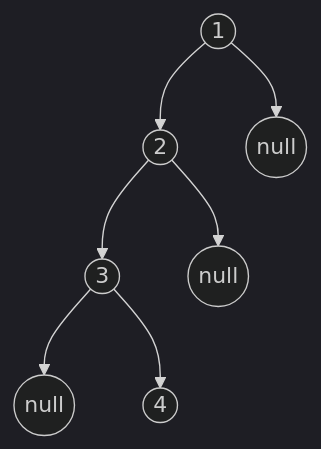
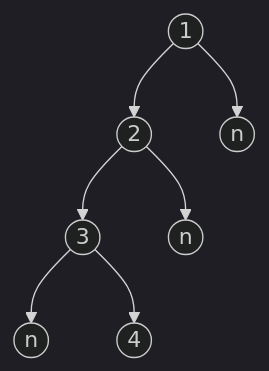
One commit to Daniel-Wei/Algo_DS_Notes changed the first of 2 diagrams in 数据结构/Tree/AVL/BST/Readme.md. Above: the diagram before and after it, drawn with Mermaid (dark theme).

````diff
--- a/数据结构/Tree/AVL/BST/Readme.md
+++ b/数据结构/Tree/AVL/BST/Readme.md
@@ -6,19 +6,19 @@
 ```mermaid 
 graph TB;
 
 1((1))
 2((2))
 3((3))
 4((4))
-n1((null))
-n2((null))
-n3((null))
+n1((n))
+n2((n))
+n3((n))
 
 1-->n1
 1-->2
 2-->n2
 2-->3
 3-->n3
 3-->4
 
 ```
````
